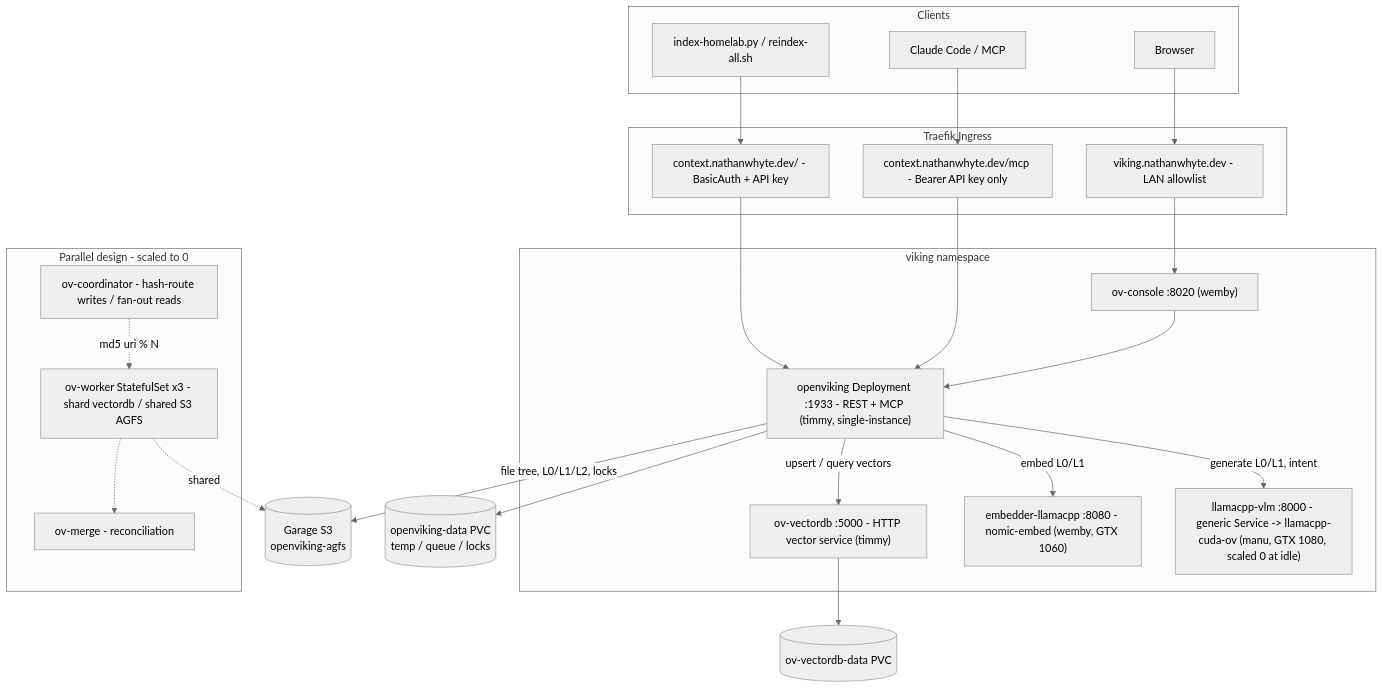
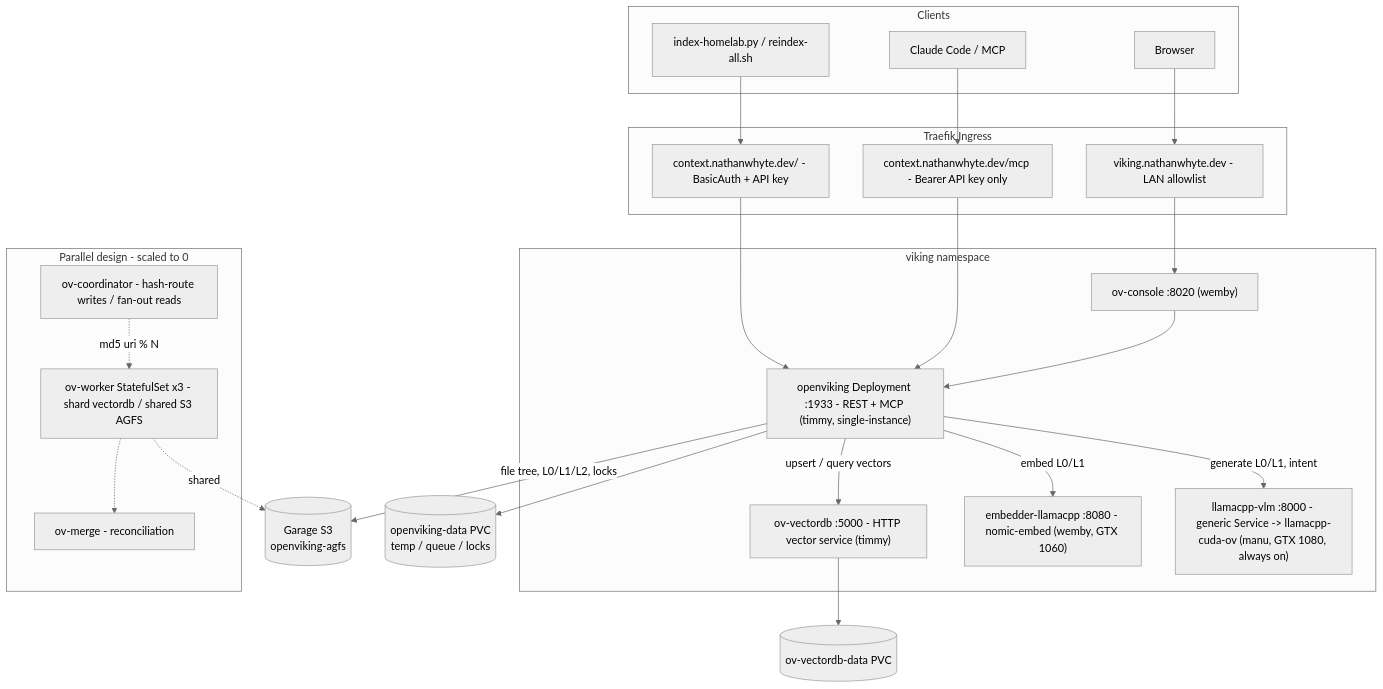
The diagram in viking/docs/2026-06-04-openviking-stack-implementation-report.md (nathanwhyte/homelab), drawn with Mermaid (neutral theme) before and after one commit. The commit also changed other lines of this file and 2 other files, not shown here.

First line of the commit message:
docs: align VLM descriptions with always-on steady state

````diff
--- a/viking/docs/2026-06-04-openviking-stack-implementation-report.md
+++ b/viking/docs/2026-06-04-openviking-stack-implementation-report.md
@@ -36,48 +36,48 @@
 ```mermaid
 flowchart TB
     subgraph clients[Clients]
         cc[Claude Code / MCP]
         idx[index-homelab.py / reindex-all.sh]
         ui[Browser]
     end
 
     subgraph edge[Traefik Ingress]
         api["context.nathanwhyte.dev/ - BasicAuth + API key"]
         mcp["context.nathanwhyte.dev/mcp - Bearer API key only"]
         con["viking.nathanwhyte.dev - LAN allowlist"]
     end
 
     cc --> mcp
     idx --> api
     ui --> con
 
     subgraph viking[viking namespace]
         ov["openviking Deployment :1933 - REST + MCP (timmy, single-instance)"]
         console["ov-console :8020 (wemby)"]
         vdb["ov-vectordb :5000 - HTTP vector service (timmy)"]
         emb["embedder-llamacpp :8080 - nomic-embed (wemby, GTX 1060)"]
-        vlm["llamacpp-vlm :8000 - generic Service -> llamacpp-cuda-ov (manu, GTX 1080, scaled 0 at idle)"]
+        vlm["llamacpp-vlm :8000 - generic Service -> llamacpp-cuda-ov (manu, GTX 1080, always on)"]
     end
 
     api --> ov
     mcp --> ov
     con --> console
     console --> ov
 
     ov -->|embed L0/L1| emb
     ov -->|generate L0/L1, intent| vlm
     ov -->|upsert / query vectors| vdb
 
     ov -->|file tree, L0/L1/L2, locks| s3[("Garage S3\nopenviking-agfs")]
     vdb --> vpvc[("ov-vectordb-data PVC")]
     ov --> opvc[("openviking-data PVC\ntemp / queue / locks")]
 
     subgraph dormant[Parallel design - scaled to 0]
         coord[ov-coordinator - hash-route writes / fan-out reads]
         wrk[ov-worker StatefulSet x3 - shard vectordb / shared S3 AGFS]
         mrg[ov-merge - reconciliation]
     end
     coord -.->|md5 uri % N| wrk
     wrk -.-> mrg
     wrk -.->|shared| s3
 ```
````
